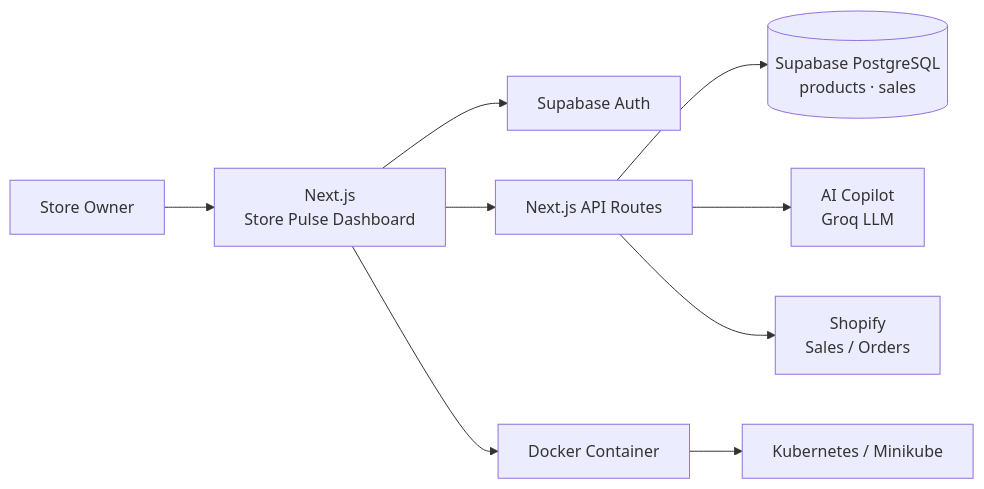
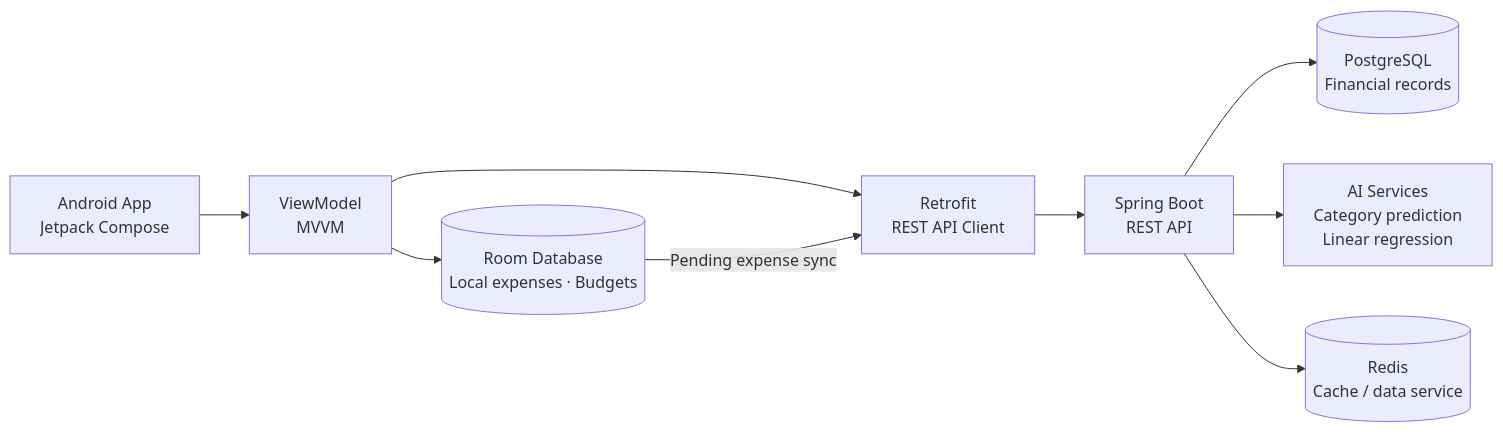
One commit to TNZ-net/MoneylyFinance_FullStack changed the diagram in README.md. Above: the diagram before and after it, drawn with Mermaid. The commit also changed other lines of this file, not shown here.

````diff
--- a/README.md
+++ b/README.md
@@ -41,16 +47,11 @@
 ```mermaid
 flowchart LR
-    U["Store Owner"] --> A["Next.js<br/>Store Pulse Dashboard"]
-
-    A --> AUTH["Supabase Auth"]
-    A --> API["Next.js API Routes"]
-
-    API --> DB[("Supabase PostgreSQL<br/>products · sales")]
-
-    API --> AI["AI Copilot<br/>Groq LLM"]
-
-    API --> SHOP["Shopify<br/>Sales / Orders"]
-
-    A --> D["Docker Container"]
-    D --> K["Kubernetes / Minikube"]
+    A["Android App<br/>Jetpack Compose"] --> B["ViewModel<br/>MVVM"]
+    B --> C[("Room Database<br/>Local expenses · Budgets")]
+    B --> D["Retrofit<br/>REST API Client"]
+    D --> E["Spring Boot<br/>REST API"]
+    E --> F[("PostgreSQL<br/>Financial records")]
+    E --> G["AI Services<br/>Category prediction<br/>Linear regression"]
+    E --> H[("Redis<br/>Cache / data service")]
+    C -->|"Pending expense sync"| D
 ```
````
